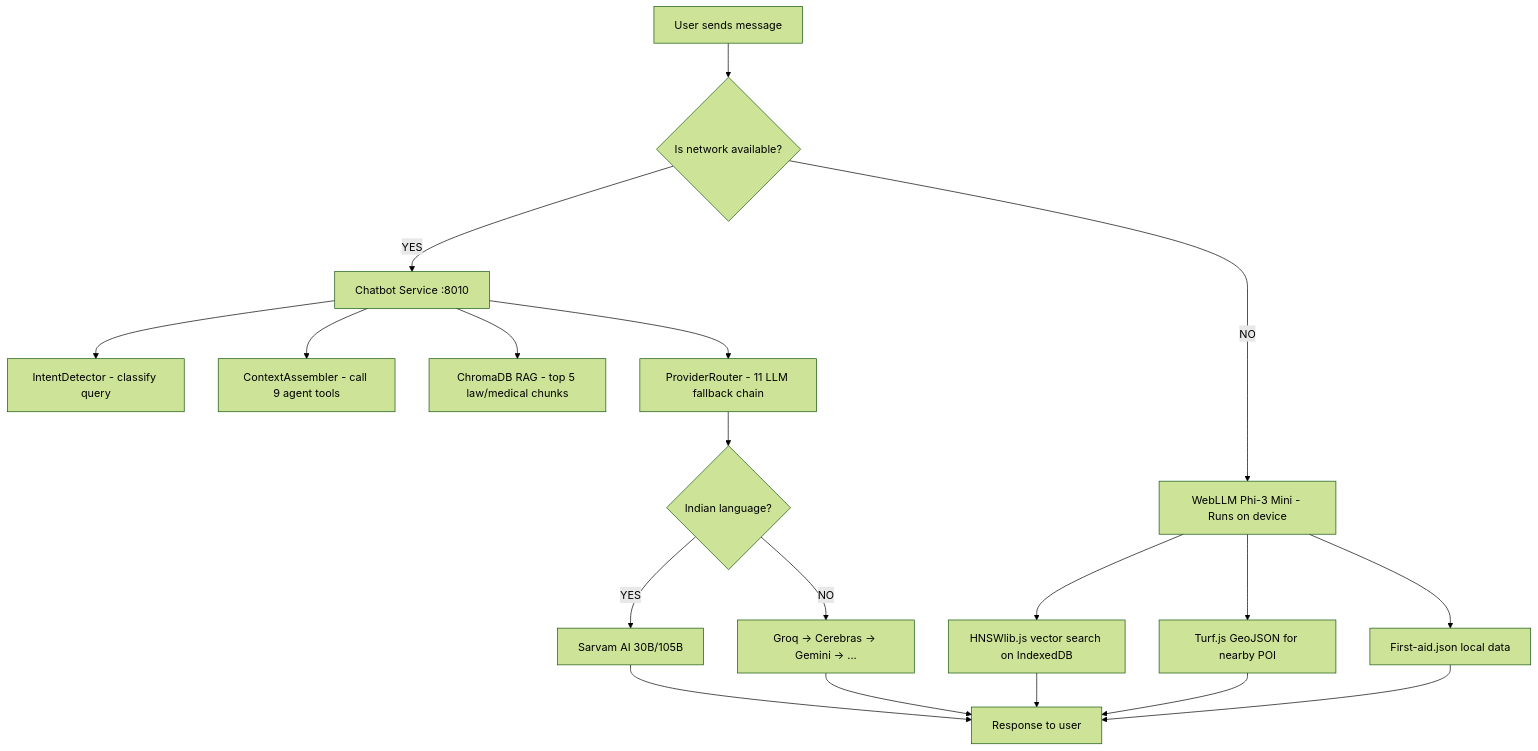
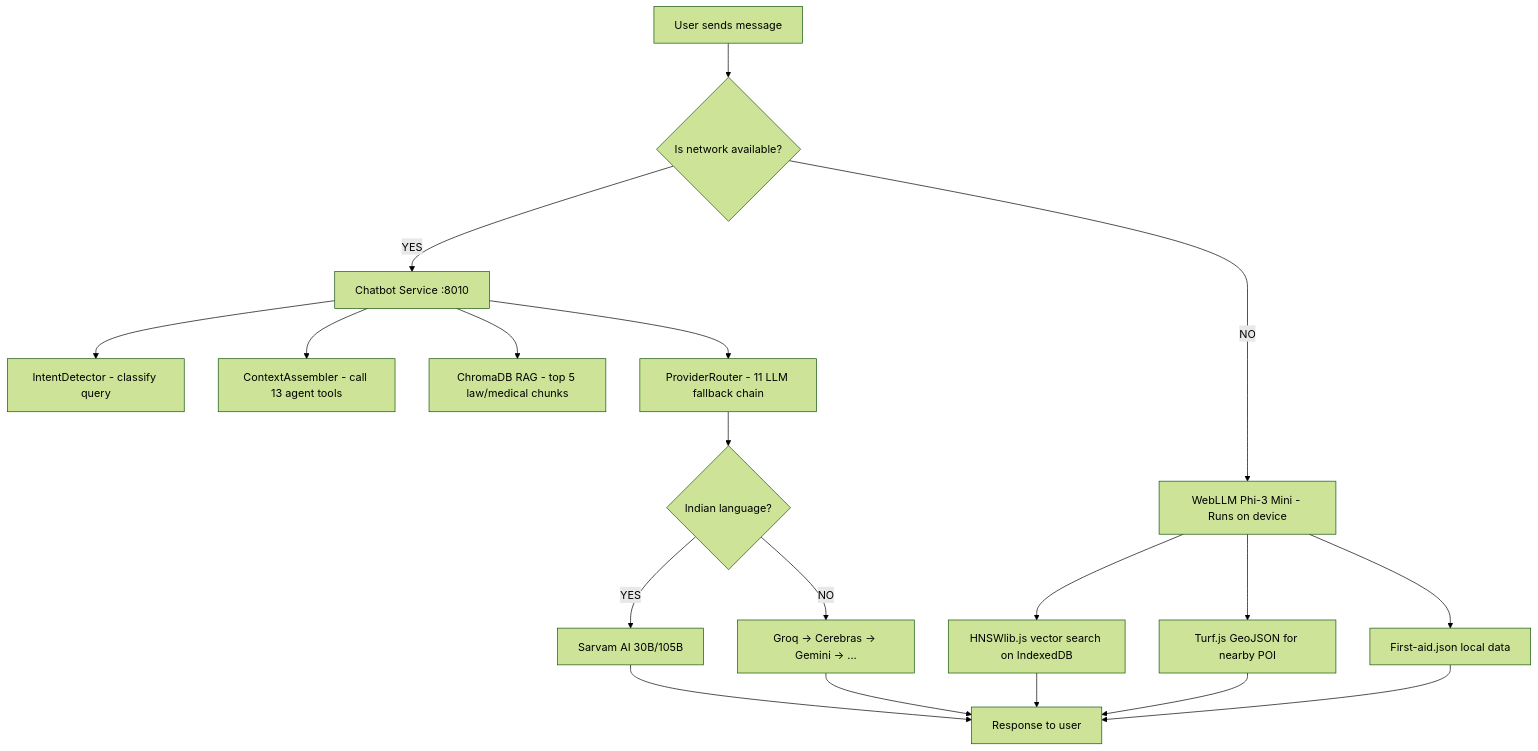
The second of 6 diagrams in docs/Architecture.md (SafeVision-AI/SafeVision-AI), drawn with Mermaid (forest theme) before and after one commit. The commit also changed other lines of this file and 110 other files, not shown here.

````diff
--- a/docs/Architecture.md
+++ b/docs/Architecture.md
@@ -67,25 +67,25 @@
 ```mermaid
 flowchart TD
     A[User sends message] --> B{Is network available?}
 
     B -->|YES| CS[Chatbot Service :8010]
     B -->|NO| D[WebLLM Phi-3 Mini - Runs on device]
 
     CS --> CS1[IntentDetector - classify query]
-    CS --> CS2[ContextAssembler - call 9 agent tools]
+    CS --> CS2[ContextAssembler - call 13 agent tools]
     CS --> CS3[ChromaDB RAG - top 5 law/medical chunks]
     CS --> CS4[ProviderRouter - 11 LLM fallback chain]
     CS4 --> CS5{Indian language?}
     CS5 -->|YES| CS6[Sarvam AI 30B/105B]
     CS5 -->|NO| CS7[Groq → Cerebras → Gemini → ...]
 
     D --> D1[HNSWlib.js vector search on IndexedDB]
     D --> D2[Turf.js GeoJSON for nearby POI]
     D --> D3[First-aid.json local data]
 
     CS6 --> E[Response to user]
     CS7 --> E
     D1 --> E
     D2 --> E
     D3 --> E
 ```
````
